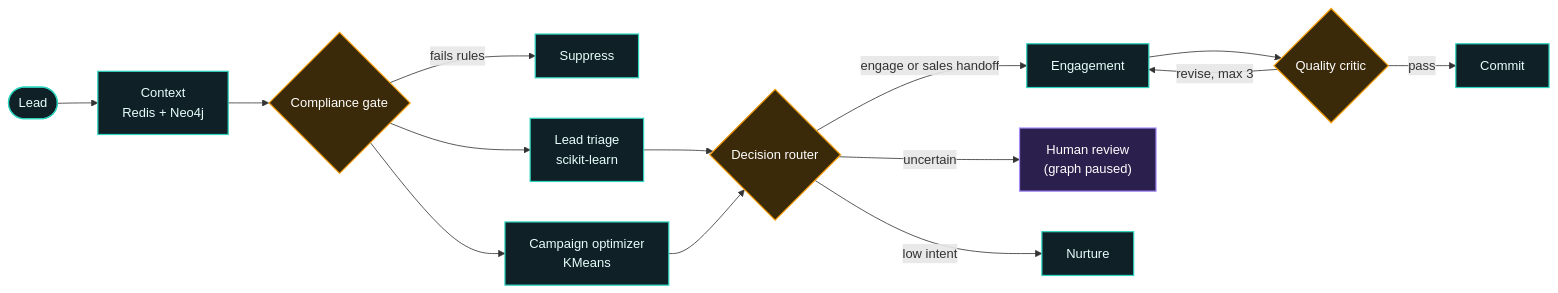
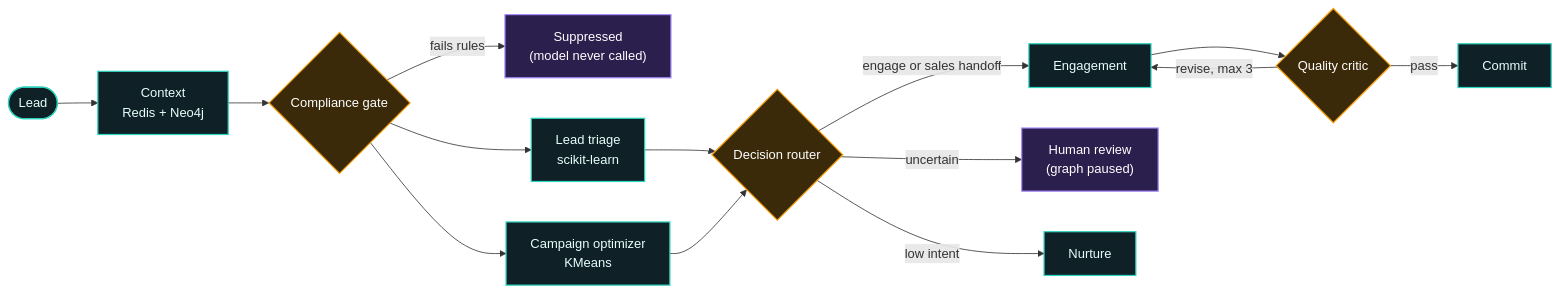
Before and after one commit to adityapurohit-tech/adityapurohit-tech: the second of 3 diagrams in README.md, drawn with Mermaid. The commit also changed other lines of this file, not shown here.

````diff
--- a/README.md
+++ b/README.md
@@ -121,22 +153,22 @@
 ```mermaid
 flowchart LR
   L([Lead]) --> CX["Context<br/>Redis + Neo4j"]
   CX --> CG{"Compliance gate"}
-  CG -->|"fails rules"| S["Suppress"]
+  CG -->|"fails rules"| S["Suppressed<br/>(model never called)"]
   CG --> T["Lead triage<br/>scikit-learn"]
   CG --> CO["Campaign optimizer<br/>KMeans"]
   T --> R{"Decision router"}
   CO --> R
   R -->|"engage or sales handoff"| E["Engagement"]
   E --> QC{"Quality critic"}
   QC -->|"revise, max 3"| E
   QC -->|"pass"| CM["Commit"]
   R -->|"uncertain"| HR["Human review<br/>(graph paused)"]
   R -->|"low intent"| N["Nurture"]
   classDef core fill:#0f2027,stroke:#2dd4bf,color:#e6fffb,stroke-width:1.5px
   classDef gate fill:#3b2a0a,stroke:#f59e0b,color:#ffffff,stroke-width:1.5px
-  classDef human fill:#2a1f4d,stroke:#a78bfa,color:#ffffff,stroke-width:1.5px
-  class L,CX,T,CO,E,CM,N,S core
+  classDef safe fill:#2a1f4d,stroke:#a78bfa,color:#ffffff,stroke-width:1.5px
+  class L,CX,T,CO,E,CM,N core
   class CG,R,QC gate
-  class HR human
+  class S,HR safe
 ```
````
